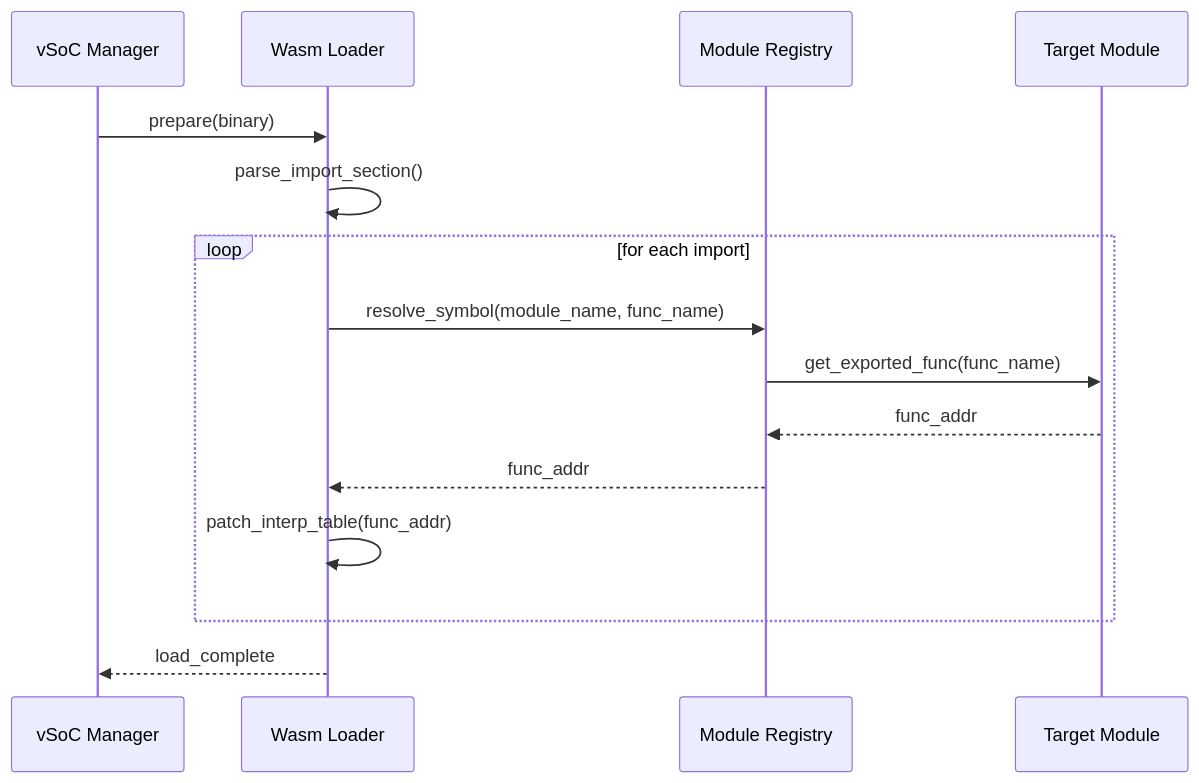
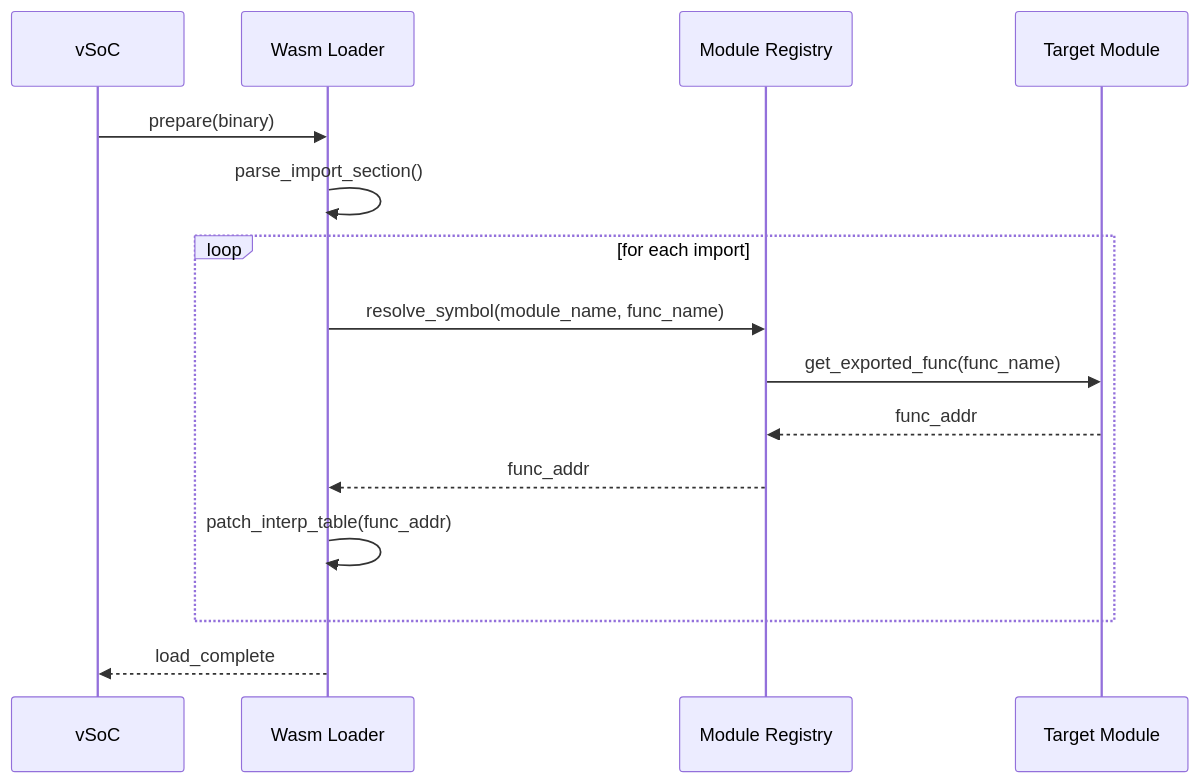
The fifth of 5 diagrams in docs/components/tier2_runtime/runtime_vsoc.md (kmt-t/fireball), drawn with Mermaid before and after one commit. The commit also changed other lines of this file and 18 other files, not shown here.

Commit message:
docs: harmonize component diagrams, state transitions, and symlinks across specifications

````diff
--- a/docs/components/tier2_runtime/runtime_vsoc.md
+++ b/docs/components/tier2_runtime/runtime_vsoc.md
@@ -351,18 +353,18 @@
 ```mermaid
 sequenceDiagram
-    participant V as vSoC Manager
+    participant V as vSoC
     participant L as Wasm Loader
     participant R as Module Registry
     participant M as Target Module
 
     V->>L: prepare(binary)
     L->>L: parse_import_section()
     loop for each import
         L->>R: resolve_symbol(module_name, func_name)
         R->>M: get_exported_func(func_name)
         M-->>R: func_addr
         R-->>L: func_addr
         L->>L: patch_interp_table(func_addr)
     end
     L-->>V: load_complete
 ```
````
